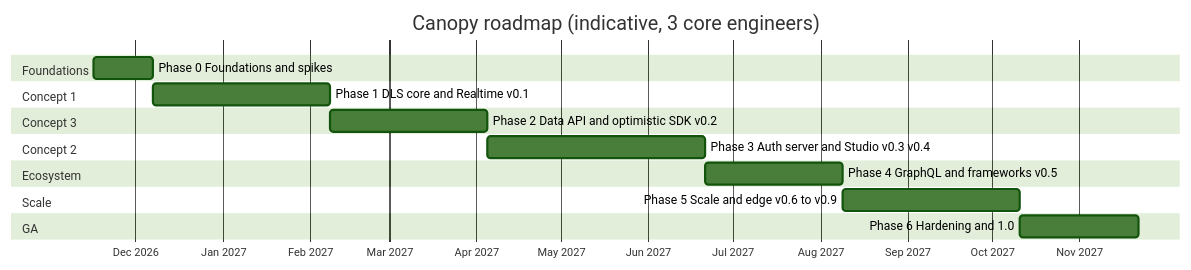
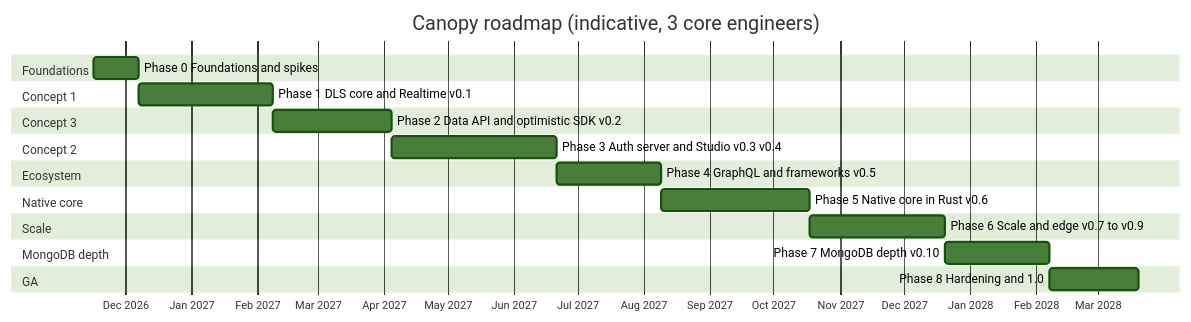
The diagram in docs/plan/12-roadmap.md (FlazexHQ/Canopy), drawn with Mermaid (forest theme) before and after one commit. The commit also changed other lines of this file and 25 other files, not shown here.

First line of the commit message:
docs: track the native core plan and record the stage gates

````diff
--- a/docs/plan/12-roadmap.md
+++ b/docs/plan/12-roadmap.md
@@ -18,20 +18,24 @@
 ```mermaid
 gantt
   title Canopy roadmap (indicative, 3 core engineers)
   dateFormat YYYY-MM-DD
   axisFormat %b %Y
   section Foundations
   Phase 0 Foundations and spikes              :p0, 2026-11-16, 21d
   section Concept 1
   Phase 1 DLS core and Realtime v0.1          :p1, after p0, 63d
   section Concept 3
   Phase 2 Data API and optimistic SDK v0.2    :p2, after p1, 56d
   section Concept 2
   Phase 3 Auth server and Studio v0.3 v0.4    :p3, after p2, 77d
   section Ecosystem
   Phase 4 GraphQL and frameworks v0.5         :p4, after p3, 49d
+  section Native core
+  Phase 5 Native core in Rust v0.6            :p5, after p4, 70d
   section Scale
-  Phase 5 Scale and edge v0.6 to v0.9         :p5, after p4, 63d
+  Phase 6 Scale and edge v0.7 to v0.9         :p6, after p5, 63d
+  section MongoDB depth
+  Phase 7 MongoDB depth v0.10                 :p7, after p6, 49d
   section GA
-  Phase 6 Hardening and 1.0                   :p6, after p5, 42d
+  Phase 8 Hardening and 1.0                   :p8, after p7, 42d
 ```
````
